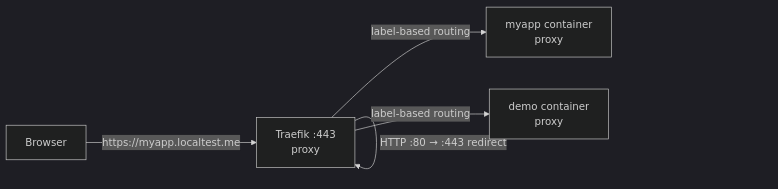
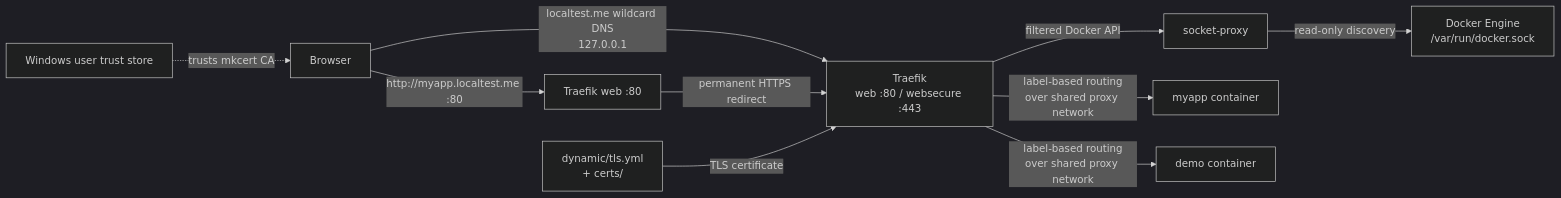
The diagram in README.md (alopez505/traefik-local-proxy), drawn with Mermaid (dark theme) before and after one commit. The commit also changed other lines of this file and 3 other files, not shown here.

First line of the commit message:
Docs/proxy architecture and validation (#4)

````diff
--- a/README.md
+++ b/README.md
@@ -71,7 +76,12 @@
 ```mermaid
 flowchart LR
-  Browser -->|"https://myapp.localtest.me"| T["Traefik :443<br/>proxy"]
-  T -->|"HTTP :80 → :443 redirect"| T
-  T -->|"label-based routing"| A["myapp container<br/>proxy"]
-  T -->|"label-based routing"| B["demo container<br/>proxy"]
+  Browser["Browser"] -->|"localtest.me wildcard DNS<br/>127.0.0.1"| T["Traefik<br/>web :80 / websecure :443"]
+  CA["Windows user trust store"] -. "trusts mkcert CA" .-> Browser
+  Browser -->|"http://myapp.localtest.me :80"| W["Traefik web :80"]
+  W -->|"permanent HTTPS redirect"| T
+  TLS["dynamic/tls.yml<br/>+ certs/"] -->|"TLS certificate"| T
+  T -->|"filtered Docker API"| S["socket-proxy"]
+  S -->|"read-only discovery"| D["Docker Engine<br/>/var/run/docker.sock"]
+  T -->|"label-based routing<br/>over shared proxy network"| A["myapp container"]
+  T -->|"label-based routing<br/>over shared proxy network"| B["demo container"]
 ```
````
